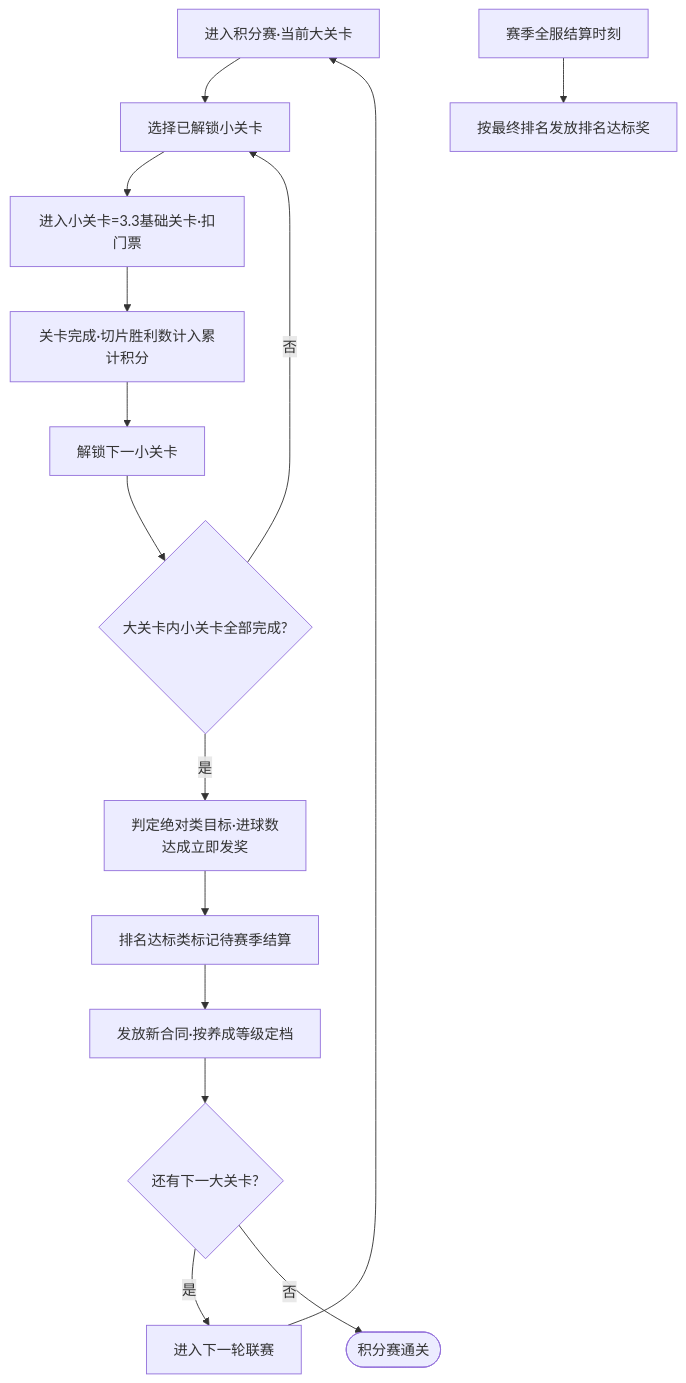
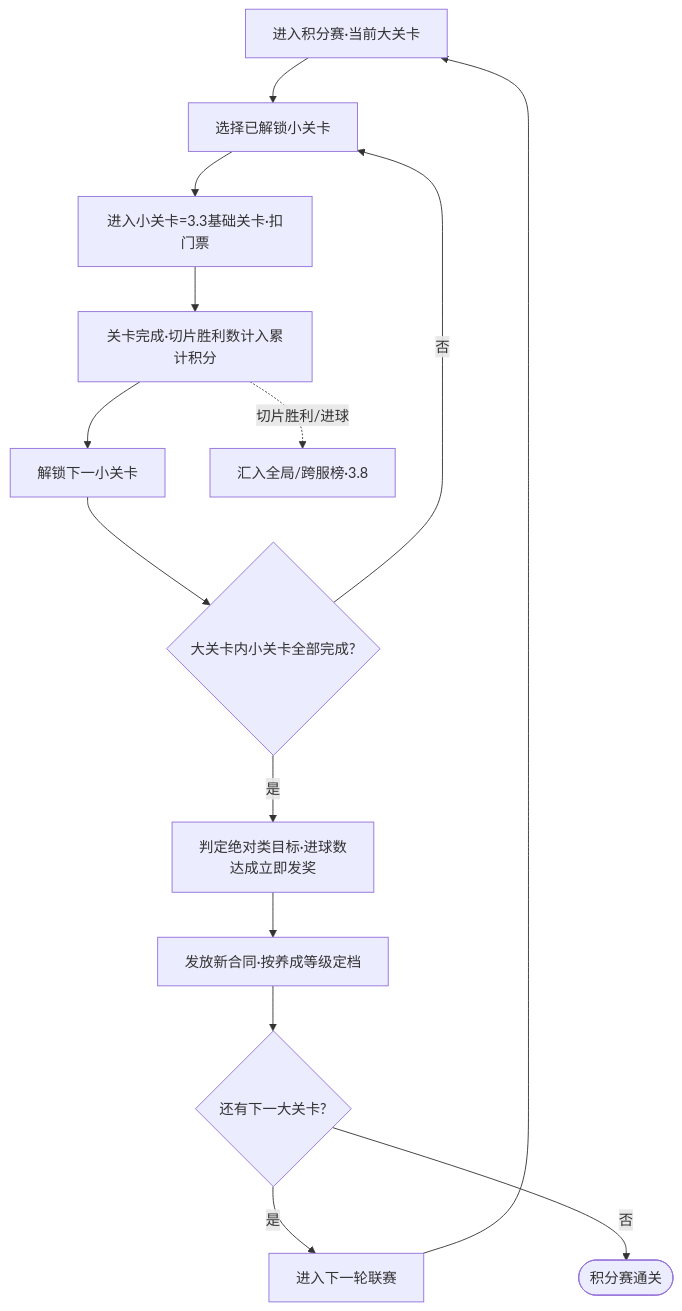
Before and after one commit to RehearsalTap4Fun/MindToDoc: the fifth of 11 diagrams in output/2026世界杯主题活动-开发文档.md, drawn with Mermaid. The commit also changed other lines of this file, not shown here.

````diff
--- a/output/2026世界杯主题活动-开发文档.md
+++ b/output/2026世界杯主题活动-开发文档.md
@@ -519,16 +517,15 @@
 ```mermaid
 flowchart TD
     A[进入积分赛·当前大关卡] --> B[选择已解锁小关卡]
     B --> C[进入小关卡=3.3基础关卡·扣门票]
     C --> D[关卡完成·切片胜利数计入累计积分]
     D --> E[解锁下一小关卡]
     E --> F{大关卡内小关卡全部完成?}
     F -->|否| B
     F -->|是| G[判定绝对类目标·进球数<br/>达成立即发奖]
-    G --> H[排名达标类标记待赛季结算]
-    H --> J[发放新合同·按养成等级定档]
-    I[赛季全服结算时刻] --> I2[按最终排名发放排名达标奖]
+    G --> J[发放新合同·按养成等级定档]
+    D -.切片胜利/进球.-> R[汇入全局/跨服榜·3.8]
     J --> K{还有下一大关卡?}
     K -->|是| L[进入下一轮联赛] --> A
     K -->|否| M([积分赛通关])
 ```
````
